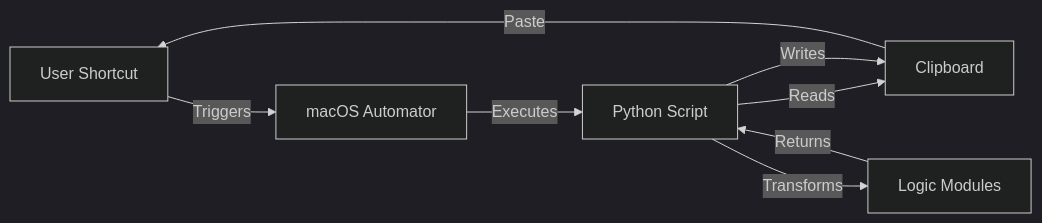
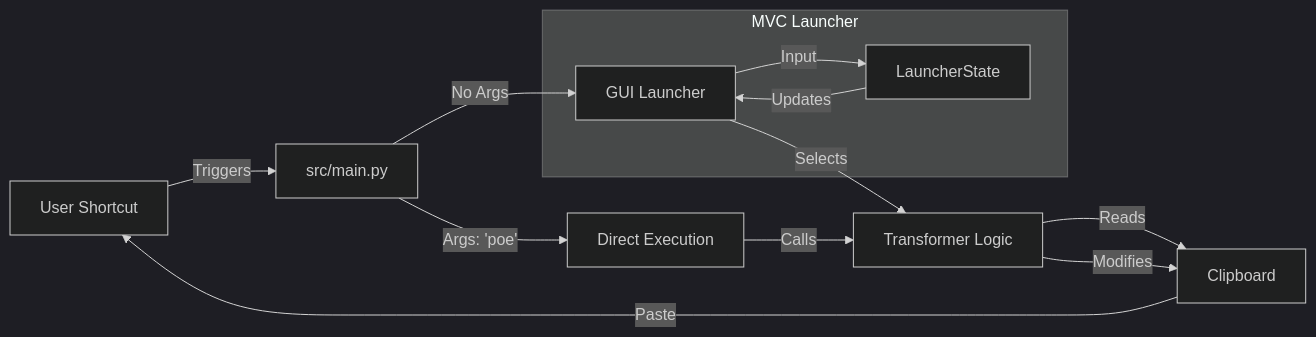
One commit to fschuhi/clip-tools changed the diagram in README.md. Above: the diagram before and after it, drawn with Mermaid (dark theme). The commit also changed other lines of this file and 9 other files, not shown here.

````diff
--- a/README.md
+++ b/README.md
@@ -21,10 +23,18 @@
 ```mermaid
 graph LR
-    User[User Shortcut] -->|Triggers| A[macOS Automator]
-    A -->|Executes| P[Python Script]
-    P -->|Reads| C[Clipboard]
-    P -->|Transforms| L[Logic Modules]
-    L -->|Returns| P
-    P -->|Writes| C
+    User[User Shortcut] -->|Triggers| Main[src/main.py]
+    Main -->|No Args| GUI[GUI Launcher]
+    Main -->|Args: 'poe'| CLI[Direct Execution]
+    
+    subgraph "MVC Launcher"
+        GUI -->|Input| State[LauncherState]
+        State -->|Updates| GUI
+    end
+    
+    GUI -->|Selects| T[Transformer Logic]
+    CLI -->|Calls| T
+    
+    T -->|Reads| C[Clipboard]
+    T -->|Modifies| C
     C -->|Paste| User
 ```
````
